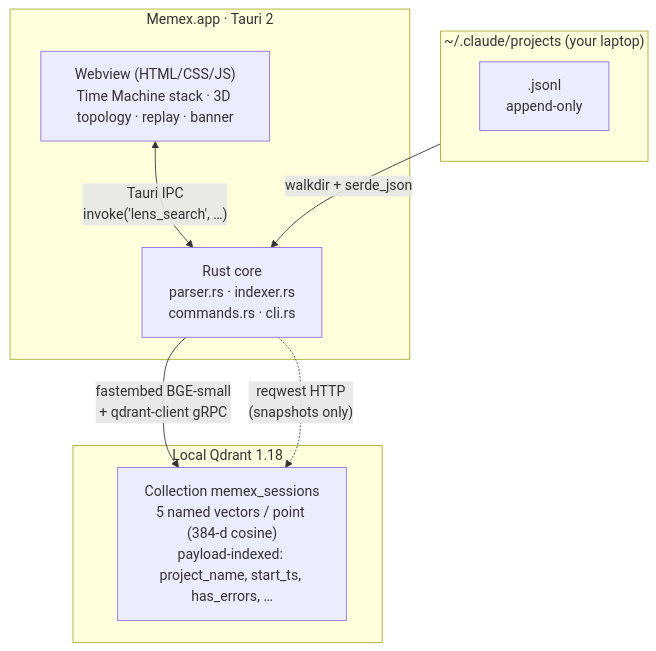
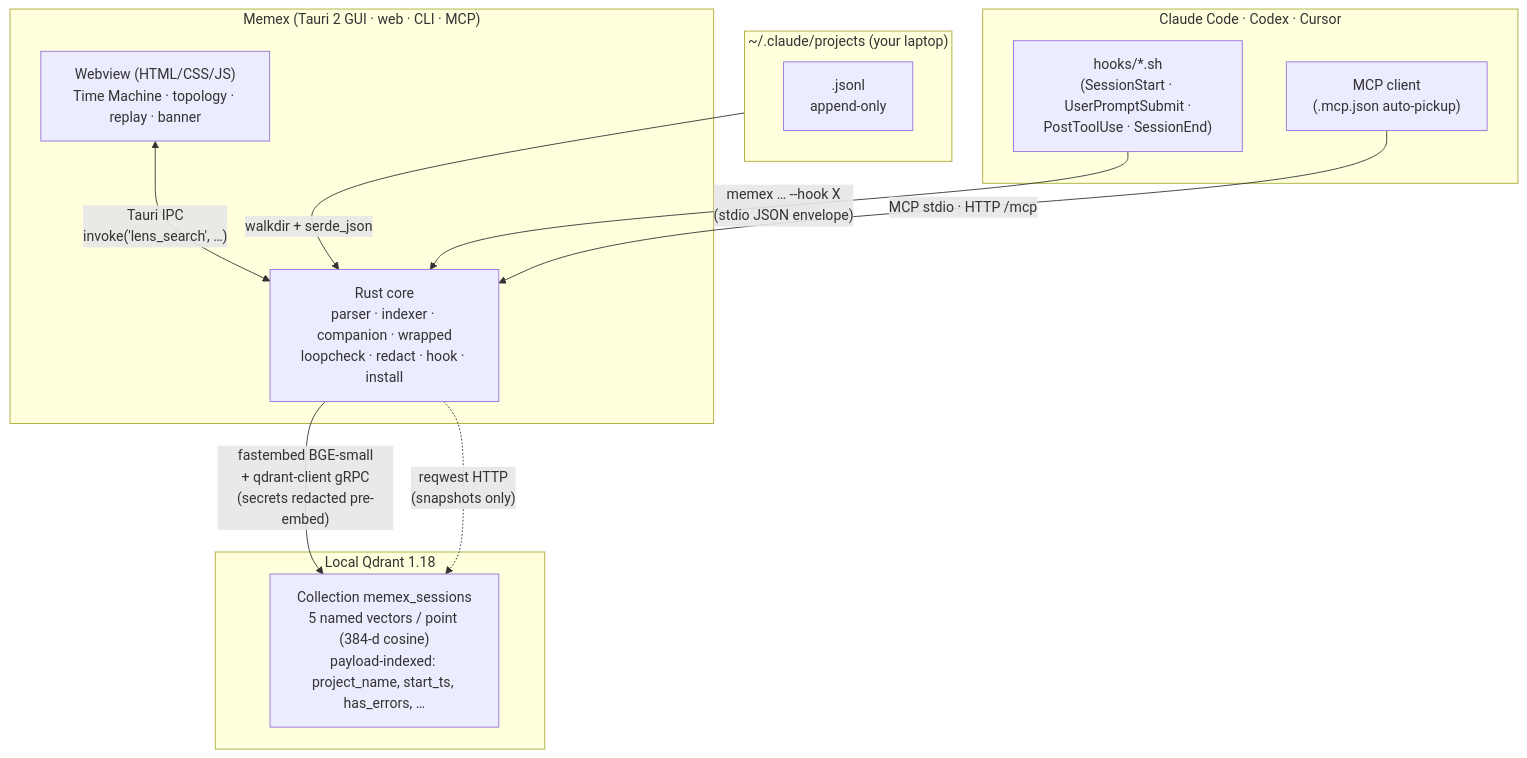
One commit to Two-Weeks-Team/memex changed the diagram in README.md. Above: the diagram before and after it, drawn with Mermaid. The commit also changed other lines of this file, not shown here.

````diff
--- a/README.md
+++ b/README.md
@@ -649,20 +716,27 @@
 ```mermaid
 flowchart TB
     subgraph fs["~/.claude/projects (your laptop)"]
         jsonl["<session-uuid>.jsonl<br>append-only"]
     end
 
-    subgraph app["Memex.app · Tauri 2"]
-        webview["Webview (HTML/CSS/JS)<br>Time Machine stack · 3D topology · replay · banner"]
-        rustcore["Rust core<br>parser.rs · indexer.rs<br>commands.rs · cli.rs"]
+    subgraph agents["Claude Code · Codex · Cursor"]
+        hooks["hooks/*.sh<br>(SessionStart · UserPromptSubmit ·<br>PostToolUse · SessionEnd)"]
+        mcpclient["MCP client<br>(.mcp.json auto-pickup)"]
+    end
+
+    subgraph app["Memex (Tauri 2 GUI · web · CLI · MCP)"]
+        webview["Webview (HTML/CSS/JS)<br>Time Machine · topology · replay · banner"]
+        rustcore["Rust core<br>parser · indexer · companion · wrapped<br>loopcheck · redact · hook · install"]
         webview <-- "Tauri IPC<br>invoke('lens_search', …)" --> rustcore
     end
 
     subgraph qdrant["Local Qdrant 1.18"]
         coll["Collection memex_sessions<br>5 named vectors / point (384-d cosine)<br>payload-indexed: project_name, start_ts, has_errors, …"]
     end
 
     fs -- walkdir + serde_json --> rustcore
-    rustcore -- "fastembed BGE-small<br>+ qdrant-client gRPC" --> coll
+    rustcore -- "fastembed BGE-small<br>+ qdrant-client gRPC<br>(secrets redacted pre-embed)" --> coll
     rustcore -. "reqwest HTTP<br>(snapshots only)" .-> coll
+    hooks -- "memex … --hook X<br>(stdio JSON envelope)" --> rustcore
+    mcpclient -- "MCP stdio · HTTP /mcp" --> rustcore
 ```
````
